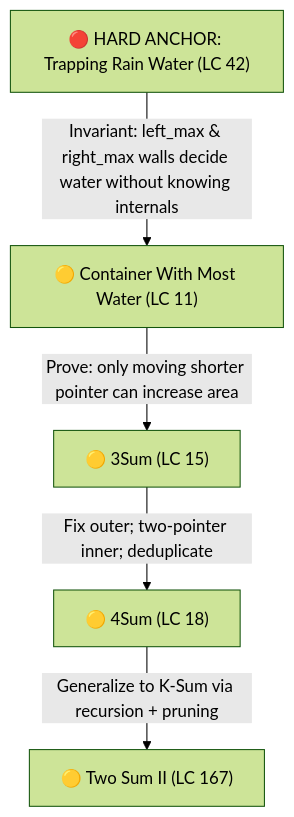
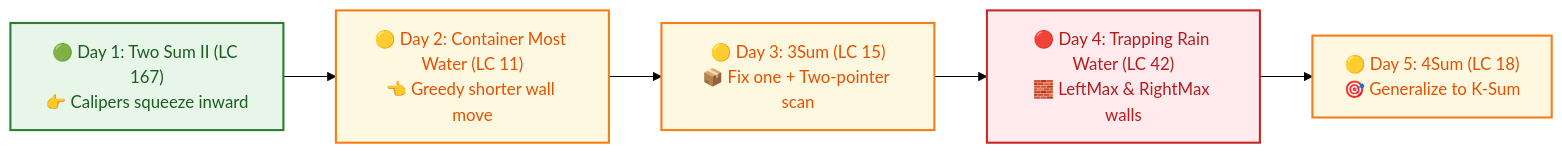
Before and after one commit to dip4k/DSA_102: the first of 19 diagrams in Senior_dsa_question_list.md, drawn with Mermaid (forest theme). The commit also changed other lines of this file and 332 other files, not shown here.

````diff
--- a/Senior_dsa_question_list.md
+++ b/Senior_dsa_question_list.md
@@ -73,7 +76,14 @@
 ```mermaid
-flowchart TD
-    A["🔴 HARD ANCHOR: Trapping Rain Water (LC 42)"] -->|"Invariant: left_max & right_max walls decide water without knowing internals"| B["🟡 Container With Most Water (LC 11)"]
-    B -->|"Prove: only moving shorter pointer can increase area"| C["🟡 3Sum (LC 15)"]
-    C -->|"Fix outer; two-pointer inner; deduplicate"| D["🟡 4Sum (LC 18)"]
-    D -->|"Generalize to K-Sum via recursion + pruning"| E["🟡 Two Sum II (LC 167)"]
+flowchart LR
+    classDef startNode fill:#e8f5e9,stroke:#2e7d32,stroke-width:2px,color:#1b5e20
+    classDef midNode fill:#fff8e1,stroke:#f57f17,stroke-width:2px,color:#e65100
+    classDef hardNode fill:#ffebee,stroke:#c62828,stroke-width:2px,color:#b71c1c
+
+    A["🟢 Day 1: Two Sum II (LC 167)<br/>👉 Calipers squeeze inward"]:::startNode
+    B["🟡 Day 2: Container Most Water (LC 11)<br/>👈 Greedy shorter wall move"]:::midNode
+    C["🟡 Day 3: 3Sum (LC 15)<br/>📦 Fix one + Two-pointer scan"]:::midNode
+    D["🔴 Day 4: Trapping Rain Water (LC 42)<br/>🧱 LeftMax & RightMax walls"]:::hardNode
+    E["🟡 Day 5: 4Sum (LC 18)<br/>🎯 Generalize to K-Sum"]:::midNode
+
+    A --> B --> C --> D --> E
 ```
````
